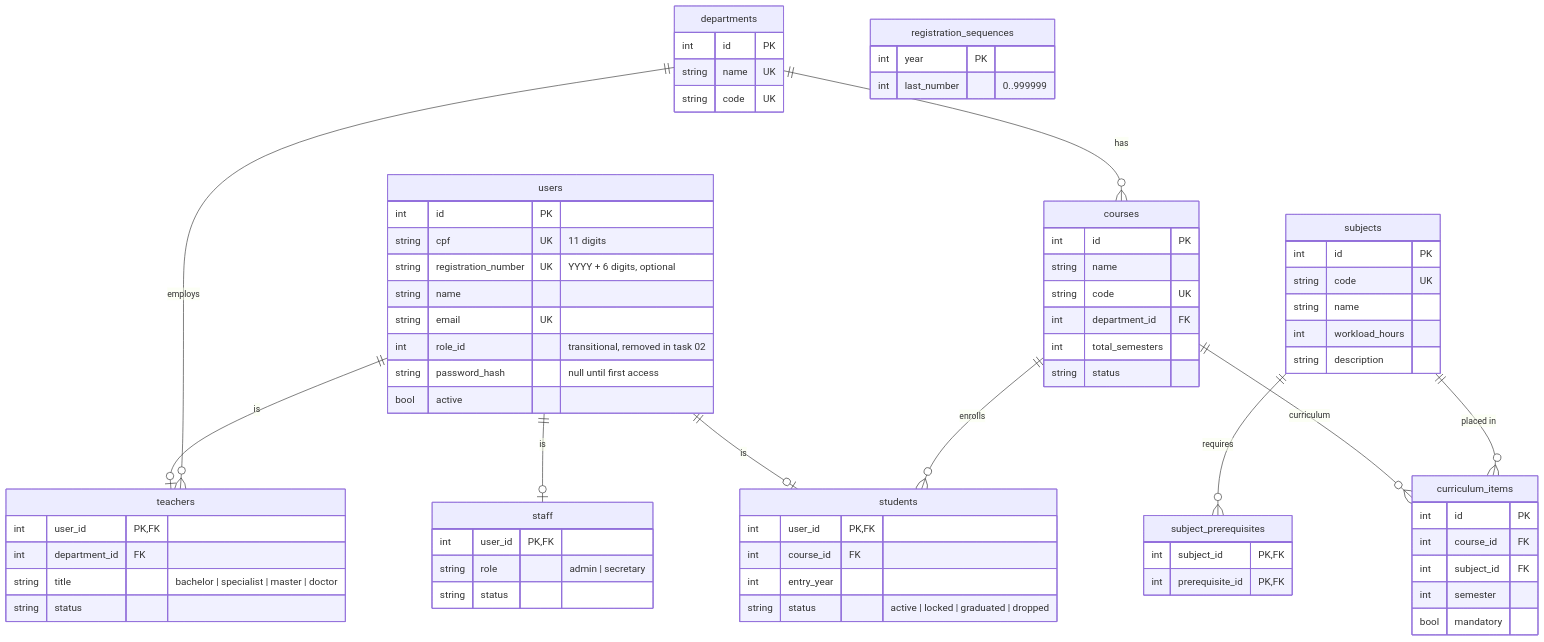
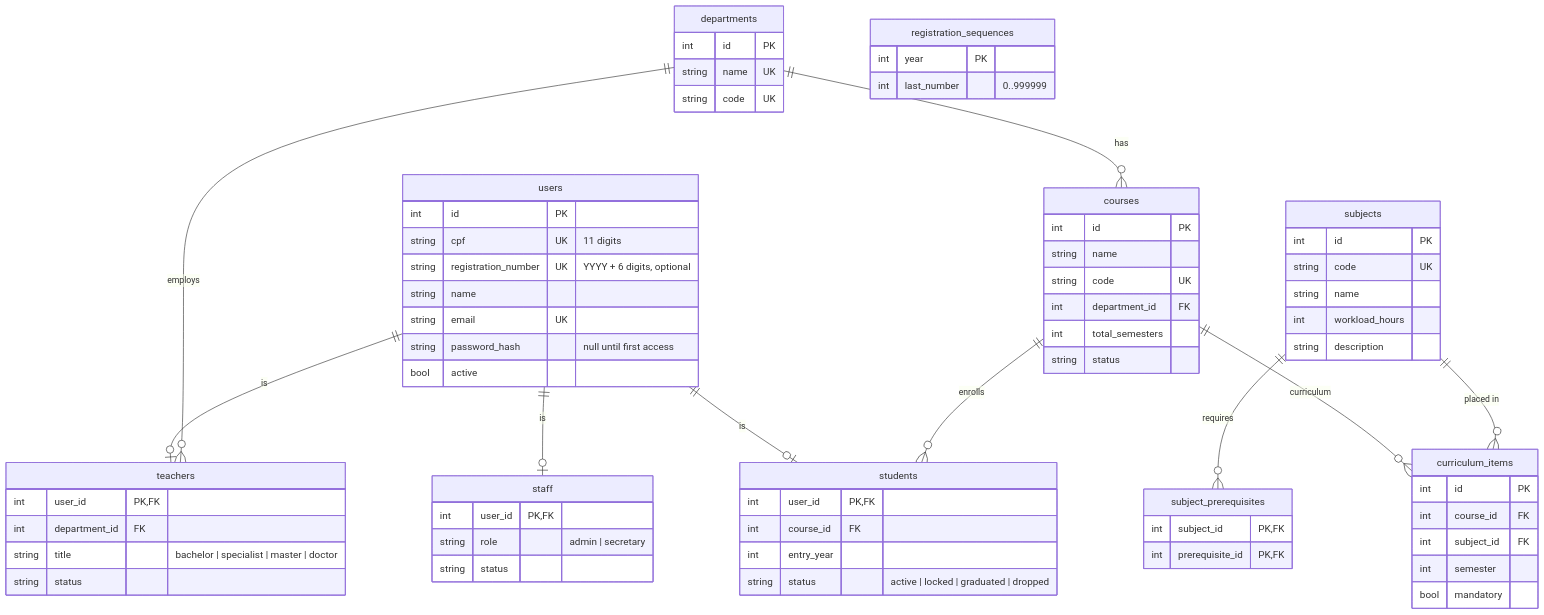
Before and after one commit to h-pina/academic_system: the diagram in docs/data-model.md, drawn with Mermaid. The commit also changed other lines of this file and 51 other files, not shown here.

````diff
--- a/docs/data-model.md
+++ b/docs/data-model.md
@@ -6,75 +6,74 @@
 ```mermaid
 erDiagram
     users ||--o| staff : "is"
     users ||--o| teachers : "is"
     users ||--o| students : "is"
     departments ||--o{ courses : has
     departments ||--o{ teachers : employs
     courses ||--o{ students : enrolls
     courses ||--o{ curriculum_items : "curriculum"
     subjects ||--o{ curriculum_items : "placed in"
     subjects ||--o{ subject_prerequisites : requires
 
     users {
         int id PK
         string cpf UK "11 digits"
         string registration_number UK "YYYY + 6 digits, optional"
         string name
         string email UK
-        int role_id "transitional, removed in task 02"
         string password_hash "null until first access"
         bool active
     }
     registration_sequences {
         int year PK
         int last_number "0..999999"
     }
     staff {
         int user_id PK, FK
         string role "admin | secretary"
         string status
     }
     teachers {
         int user_id PK, FK
         int department_id FK
         string title "bachelor | specialist | master | doctor"
         string status
     }
     students {
         int user_id PK, FK
         int course_id FK
         int entry_year
         string status "active | locked | graduated | dropped"
     }
     departments {
         int id PK
         string name UK
         string code UK
     }
     courses {
         int id PK
         string name
         string code UK
         int department_id FK
         int total_semesters
         string status
     }
     subjects {
         int id PK
         string code UK
         string name
         int workload_hours
         string description
     }
     curriculum_items {
         int id PK
         int course_id FK
         int subject_id FK
         int semester
         bool mandatory
     }
     subject_prerequisites {
         int subject_id PK, FK
         int prerequisite_id PK, FK
     }
 ```
````
